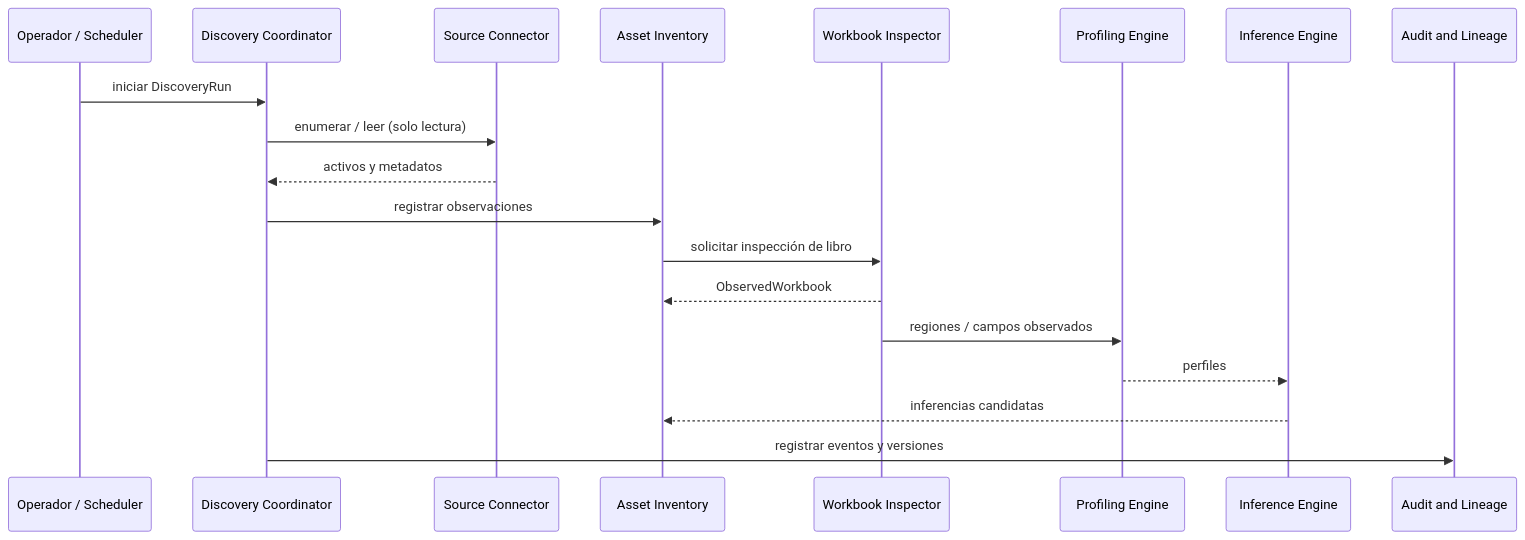
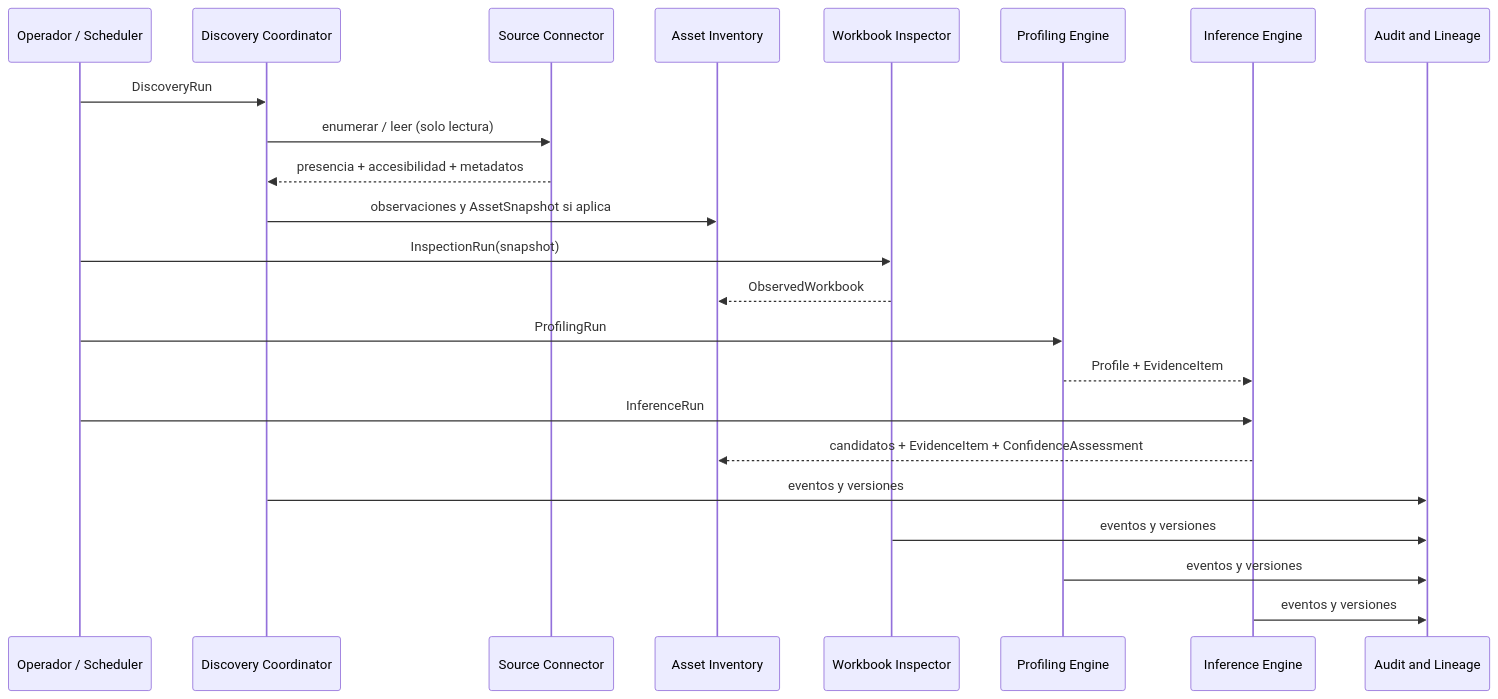
The second of 2 diagrams in docs/architecture.md (txemazapater/exceler), drawn with Mermaid before and after one commit. The commit also changed other lines of this file and 9 other files, not shown here.

````diff
--- a/docs/architecture.md
+++ b/docs/architecture.md
@@ -93,22 +108,26 @@
 ```mermaid
 sequenceDiagram
   participant Op as Operador / Scheduler
   participant DC as Discovery Coordinator
   participant SC as Source Connector
   participant AI as Asset Inventory
   participant WI as Workbook Inspector
   participant PE as Profiling Engine
   participant IE as Inference Engine
   participant AL as Audit and Lineage
 
-  Op->>DC: iniciar DiscoveryRun
+  Op->>DC: DiscoveryRun
   DC->>SC: enumerar / leer (solo lectura)
-  SC-->>DC: activos y metadatos
-  DC->>AI: registrar observaciones
-  AI->>WI: solicitar inspección de libro
+  SC-->>DC: presencia + accesibilidad + metadatos
+  DC->>AI: observaciones y AssetSnapshot si aplica
+  Op->>WI: InspectionRun(snapshot)
   WI-->>AI: ObservedWorkbook
-  WI->>PE: regiones / campos observados
-  PE-->>IE: perfiles
-  IE-->>AI: inferencias candidatas
-  DC->>AL: registrar eventos y versiones
+  Op->>PE: ProfilingRun
+  PE-->>IE: Profile + EvidenceItem
+  Op->>IE: InferenceRun
+  IE-->>AI: candidatos + EvidenceItem + ConfidenceAssessment
+  DC->>AL: eventos y versiones
+  WI->>AL: eventos y versiones
+  PE->>AL: eventos y versiones
+  IE->>AL: eventos y versiones
 ```
````
